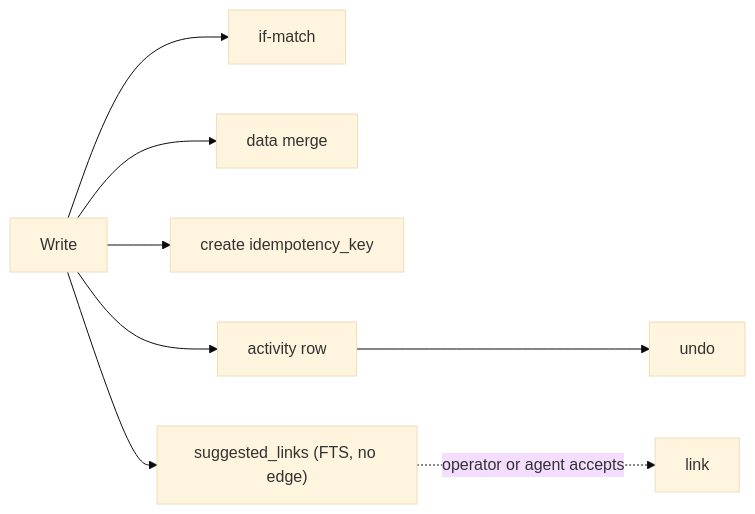
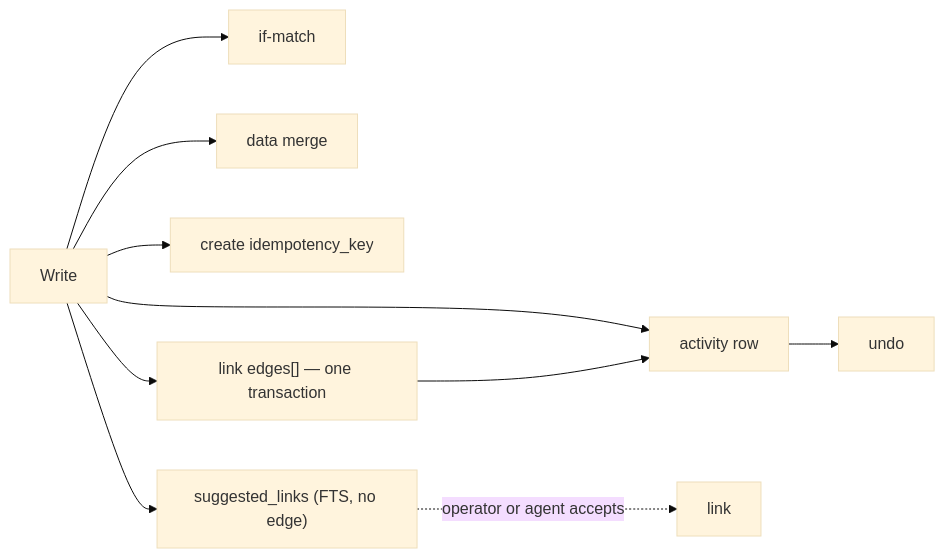
Before and after one commit to dgraziosi/foundation: the sixth of 10 diagrams in docs/ARCHITECTURE.md, drawn with Mermaid (base theme). The commit also changed other lines of this file and 12 other files, not shown here.

First line of the commit message:
Add batch edges[] to link with atomic writes

````diff
--- a/docs/ARCHITECTURE.md
+++ b/docs/ARCHITECTURE.md
@@ -152,10 +153,12 @@
 ```mermaid
 flowchart LR
   write["Write"] --> cas["if-match"]
   write --> data_merge["data merge"]
   write --> idemp["create idempotency_key"]
   write --> activity["activity row"]
   write --> suggestions["suggested_links (FTS, no edge)"]
+  write --> batch_link["link edges[] — one transaction"]
   activity --> undo["undo"]
   suggestions -.->|"operator or agent accepts"| link_write["link"]
+  batch_link --> activity
 ```
````
